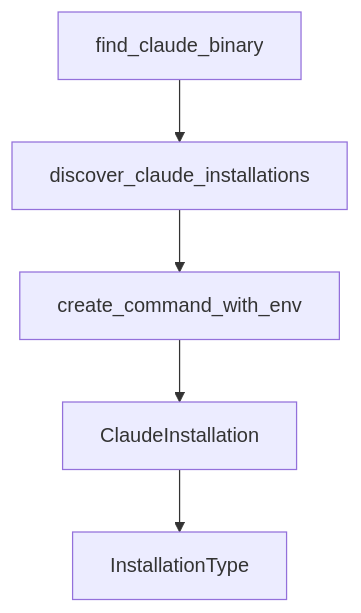
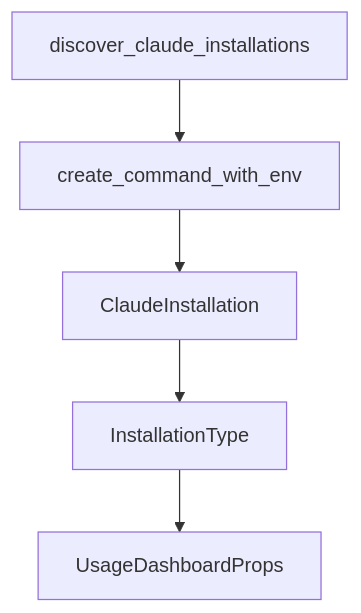
One commit to johnxie/awesome-code-docs changed the diagram in tutorials/opcode-tutorial/08-production-operations-and-security.md. Above: the diagram before and after it, drawn with Mermaid. The commit also changed other lines of this file and 1232 other files, not shown here.

````diff
--- a/tutorials/opcode-tutorial/08-production-operations-and-security.md
+++ b/tutorials/opcode-tutorial/08-production-operations-and-security.md
@@ -221,12 +219,12 @@
 ```mermaid
 flowchart TD
-    A[find_claude_binary]
-    B[discover_claude_installations]
-    C[create_command_with_env]
-    D[ClaudeInstallation]
-    E[InstallationType]
+    A[discover_claude_installations]
+    B[create_command_with_env]
+    C[ClaudeInstallation]
+    D[InstallationType]
+    E[UsageDashboardProps]
     A --> B
     B --> C
     C --> D
     D --> E
 ```
````
